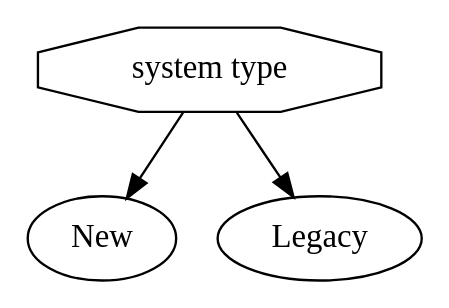
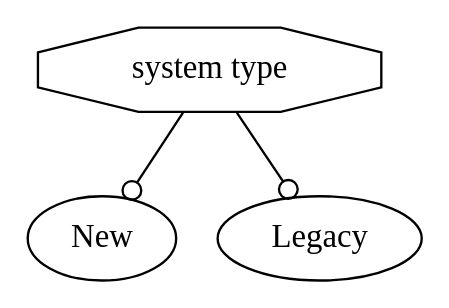
The diagram in uk.ac.ucl.cs.results/CVB/graph/dgraph.dot (sbusari/RADAR2), drawn with Graphviz before and after one commit. The commit also changed 46 other files, not shown here.

```diff
--- a/uk.ac.ucl.cs.results/CVB/graph/dgraph.dot
+++ b/uk.ac.ucl.cs.results/CVB/graph/dgraph.dot
@@ -1,5 +1,4 @@
 digraph G { 
-"system type" [shape = polygon, sides =8] 
-"system type" -> "New"
-"system type" -> "Legacy"
+"0"[label="system type", shape = polygon, sides =8 ]"1"[label="New"]"0" -> "1"[arrowhead= odot]
+"2"[label="Legacy"]"0" -> "2"[arrowhead= odot]
 }
```
